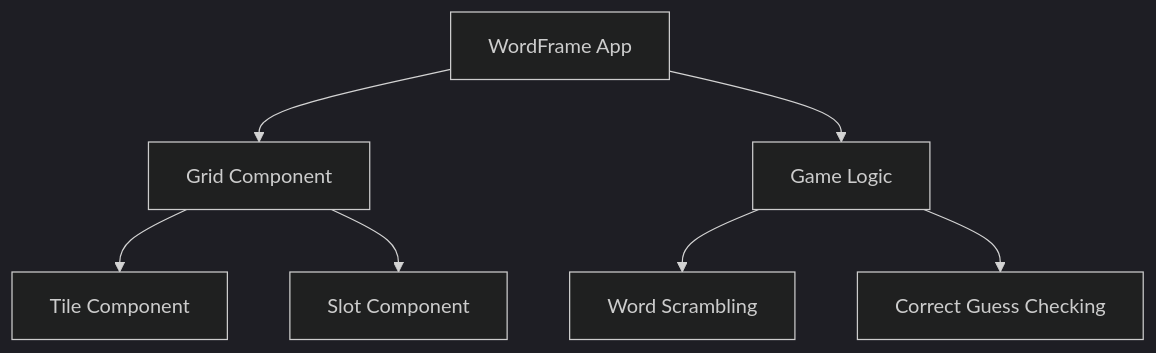
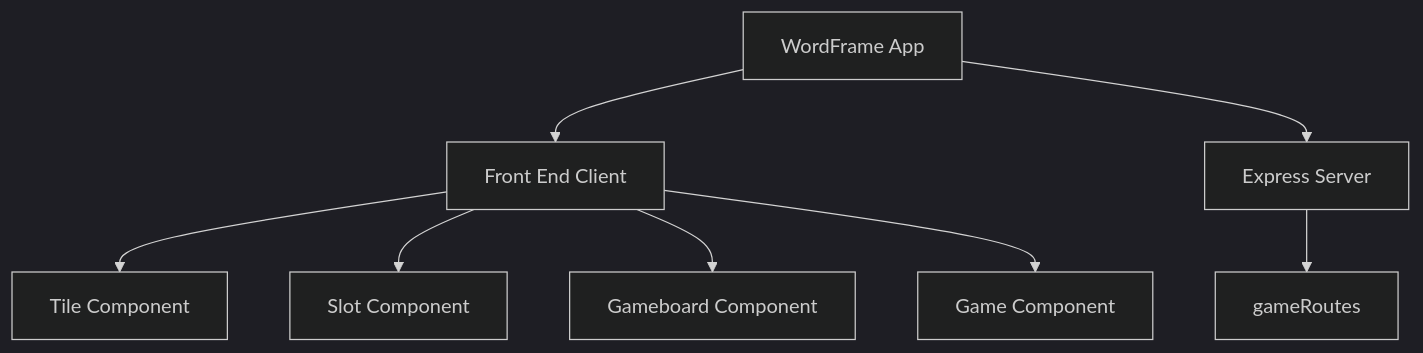
The diagram in README.md (mdoutt98/WordFrame), drawn with Mermaid (dark theme) before and after one commit. The commit also changed other lines of this file, not shown here.

````diff
--- a/README.md
+++ b/README.md
@@ -22,9 +22,10 @@
 ```mermaid 
 graph TD;
-    A[WordFrame App] --> B[Grid Component]
-    A --> C[Game Logic]
+    A[WordFrame App] --> B[Front End Client]
+    A --> C[Express Server]
     B --> D[Tile Component]
     B --> E[Slot Component]
-    C --> F[Word Scrambling]
-    C --> G[Correct Guess Checking]
+    B --> F[Gameboard Component]
+    B --> G[Game Component]
+    C --> H[gameRoutes]
 ```
````
